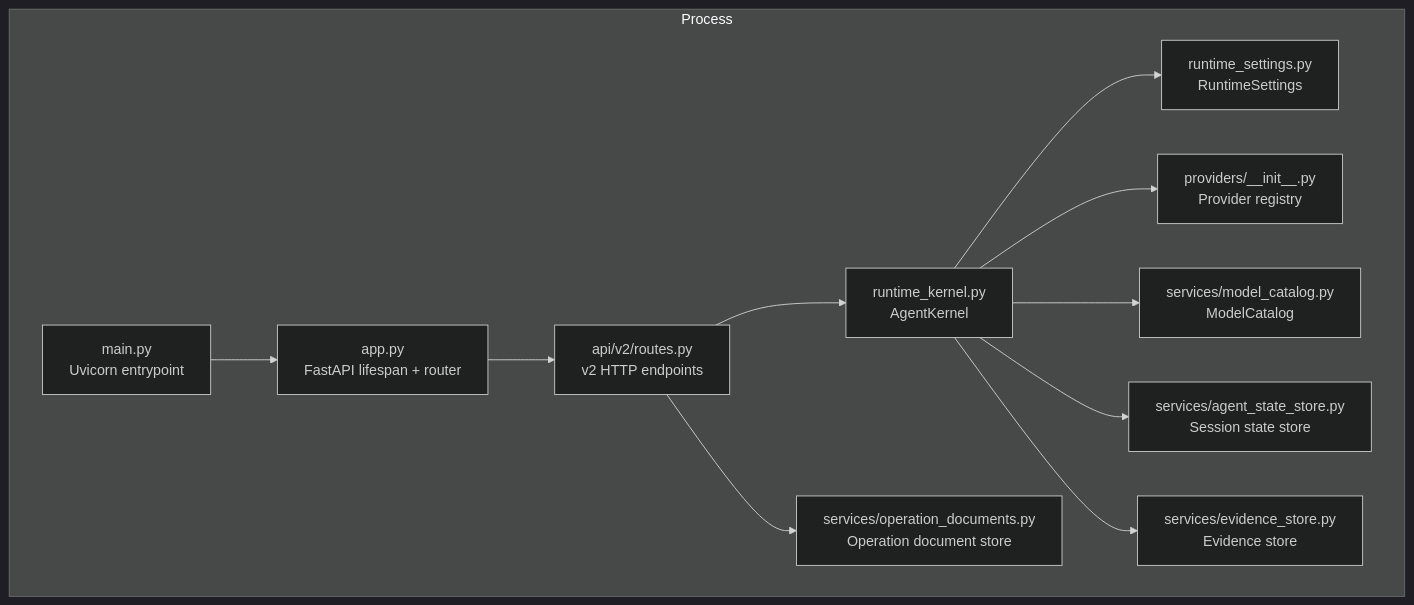
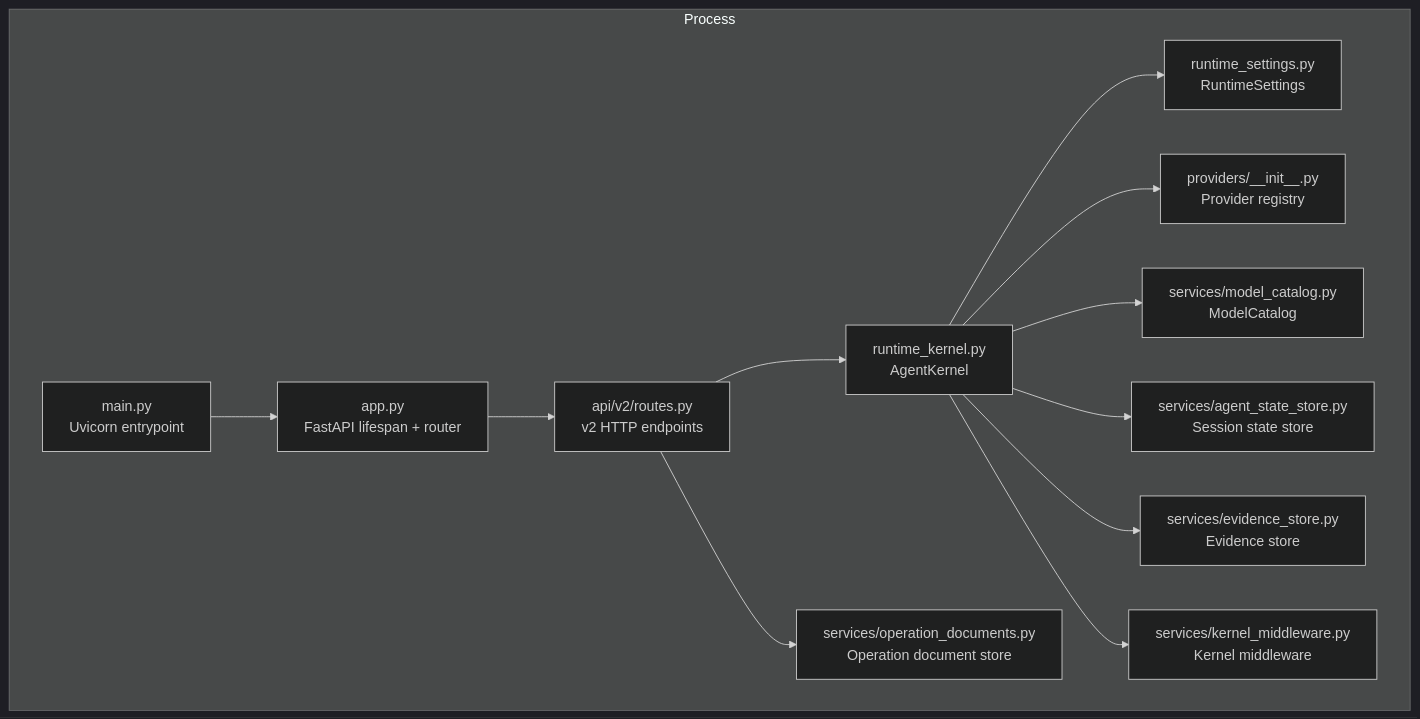
The first of 10 diagrams in .qoder/repowiki/en/content/Core Services/Agent Platform/Agent Platform.md (alainlei/luban-aiops), drawn with Mermaid (dark theme) before and after one commit. The commit also changed other lines of this file and 20 other files, not shown here.

````diff
--- a/.qoder/repowiki/en/content/Core Services/Agent Platform/Agent Platform.md
+++ b/.qoder/repowiki/en/content/Core Services/Agent Platform/Agent Platform.md
@@ -50,22 +57,24 @@
 ```mermaid
 graph TB
 subgraph "Process"
 M["main.py<br/>Uvicorn entrypoint"]
 A["app.py<br/>FastAPI lifespan + router"]
 R["api/v2/routes.py<br/>v2 HTTP endpoints"]
 K["runtime_kernel.py<br/>AgentKernel"]
 S["runtime_settings.py<br/>RuntimeSettings"]
 P["providers/__init__.py<br/>Provider registry"]
 C["services/model_catalog.py<br/>ModelCatalog"]
 SS["services/agent_state_store.py<br/>Session state store"]
 ES["services/evidence_store.py<br/>Evidence store"]
 OD["services/operation_documents.py<br/>Operation document store"]
+KM["services/kernel_middleware.py<br/>Kernel middleware"]
 end
 M --> A --> R --> K
 K --> S
 K --> P
 K --> C
 K --> SS
 K --> ES
+K --> KM
 R --> OD
 ```
````
